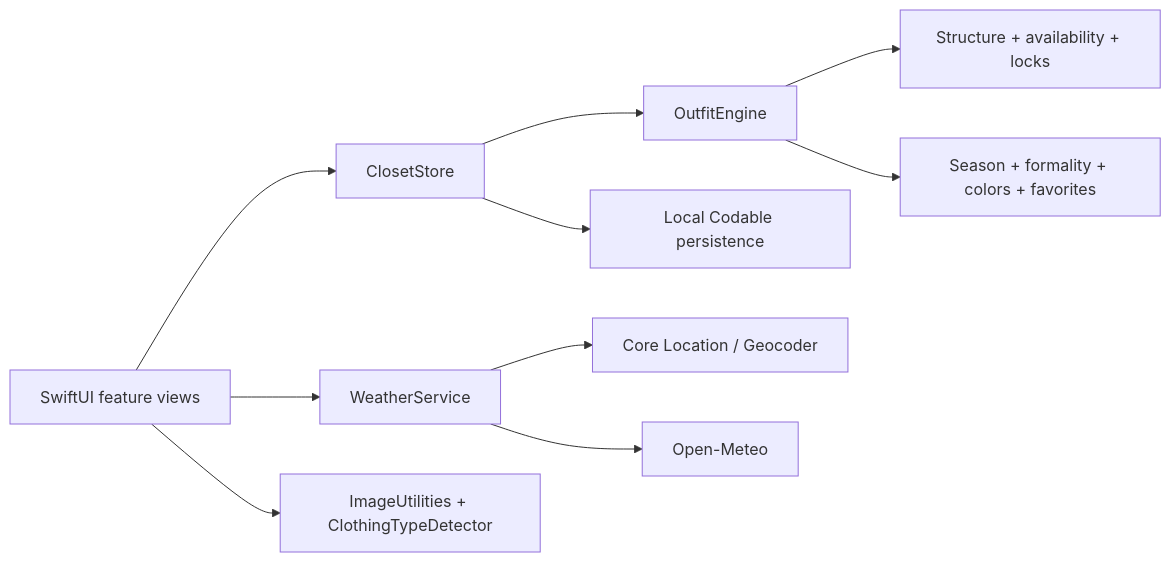
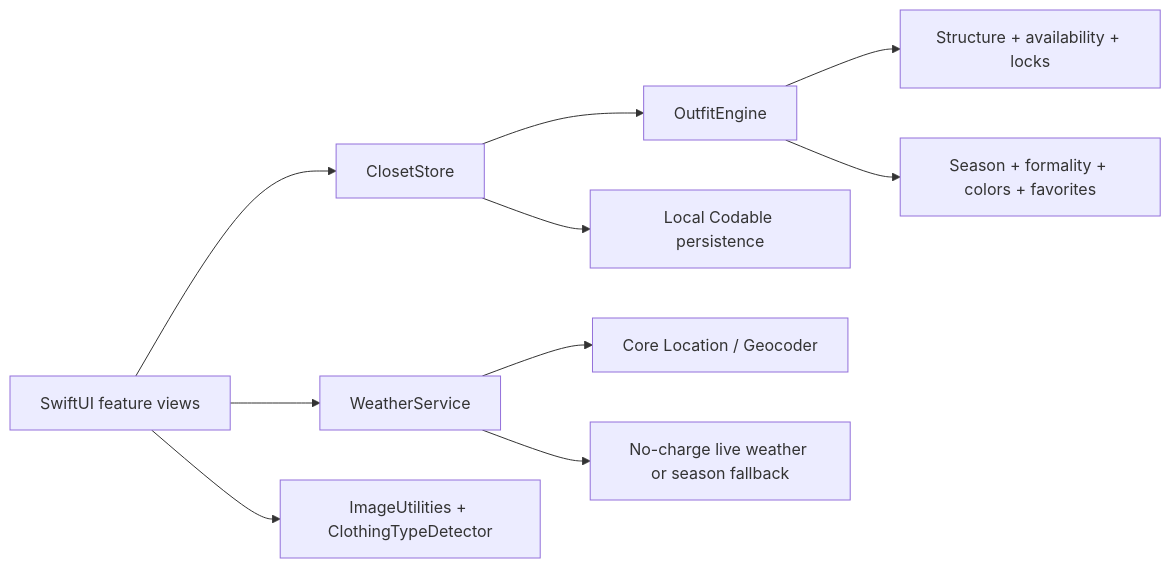
The diagram in README.md (mkodithuwakku/myCloset), drawn with Mermaid before and after one commit. The commit also changed other lines of this file and 26 other files, not shown here.

````diff
--- a/README.md
+++ b/README.md
@@ -102,12 +101,12 @@
 ```mermaid
 flowchart LR
     UI["SwiftUI feature views"] --> Store["ClosetStore"]
     UI --> Weather["WeatherService"]
     Store --> Engine["OutfitEngine"]
     Store --> Disk["Local Codable persistence"]
     UI --> Images["ImageUtilities + ClothingTypeDetector"]
     Weather --> Location["Core Location / Geocoder"]
-    Weather --> Forecast["Open-Meteo"]
+    Weather --> Forecast["No-charge live weather or season fallback"]
     Engine --> Rules["Structure + availability + locks"]
     Engine --> Score["Season + formality + colors + favorites"]
 ```
````
